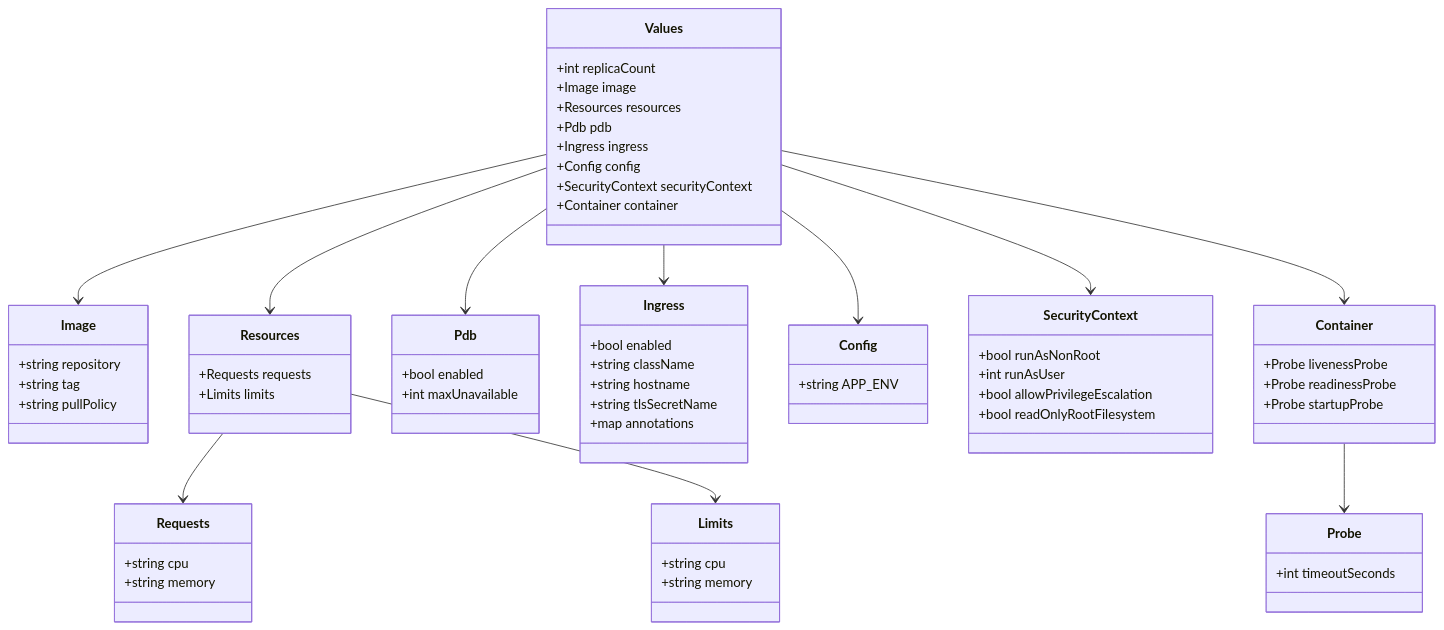
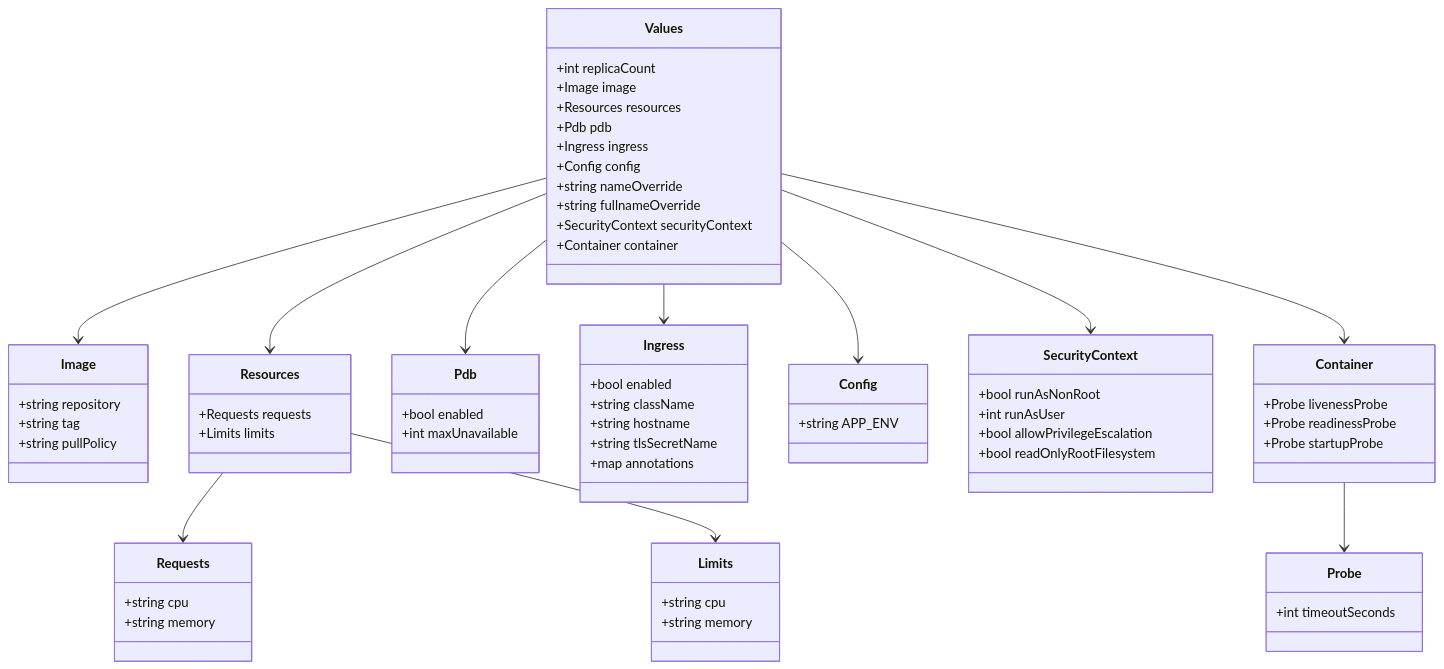
The second of 4 diagrams in docs/repository-structure.md (leynos/wildside), drawn with Mermaid before and after one commit. The commit also changed other lines of this file and 6 other files, not shown here.

Commit message:
Standardize chart naming and gate PDB

````diff
--- a/docs/repository-structure.md
+++ b/docs/repository-structure.md
@@ -126,68 +130,70 @@
 ```mermaid
 classDiagram
     class Values {
       +int replicaCount
       +Image image
       +Resources resources
       +Pdb pdb
       +Ingress ingress
       +Config config
+      +string nameOverride
+      +string fullnameOverride
       +SecurityContext securityContext
       +Container container
     }
     class Image {
       +string repository
       +string tag
       +string pullPolicy
     }
     class Resources {
       +Requests requests
       +Limits limits
     }
     class Requests {
       +string cpu
       +string memory
     }
     class Limits {
       +string cpu
       +string memory
     }
     class Pdb {
       +bool enabled
       +int maxUnavailable
     }
     class Ingress {
       +bool enabled
       +string className
       +string hostname
       +string tlsSecretName
       +map<string,string> annotations
     }
     class Config {
       +string APP_ENV
     }
     class SecurityContext {
       +bool runAsNonRoot
       +int runAsUser
       +bool allowPrivilegeEscalation
       +bool readOnlyRootFilesystem
     }
     class Container {
       +Probe livenessProbe
       +Probe readinessProbe
       +Probe startupProbe
     }
     class Probe {
       +int timeoutSeconds
     }
     Values --> Image
     Values --> Resources
     Resources --> Requests
     Resources --> Limits
     Values --> Pdb
     Values --> Ingress
     Values --> Config
     Values --> SecurityContext
     Values --> Container
     Container --> Probe
 ```
````
